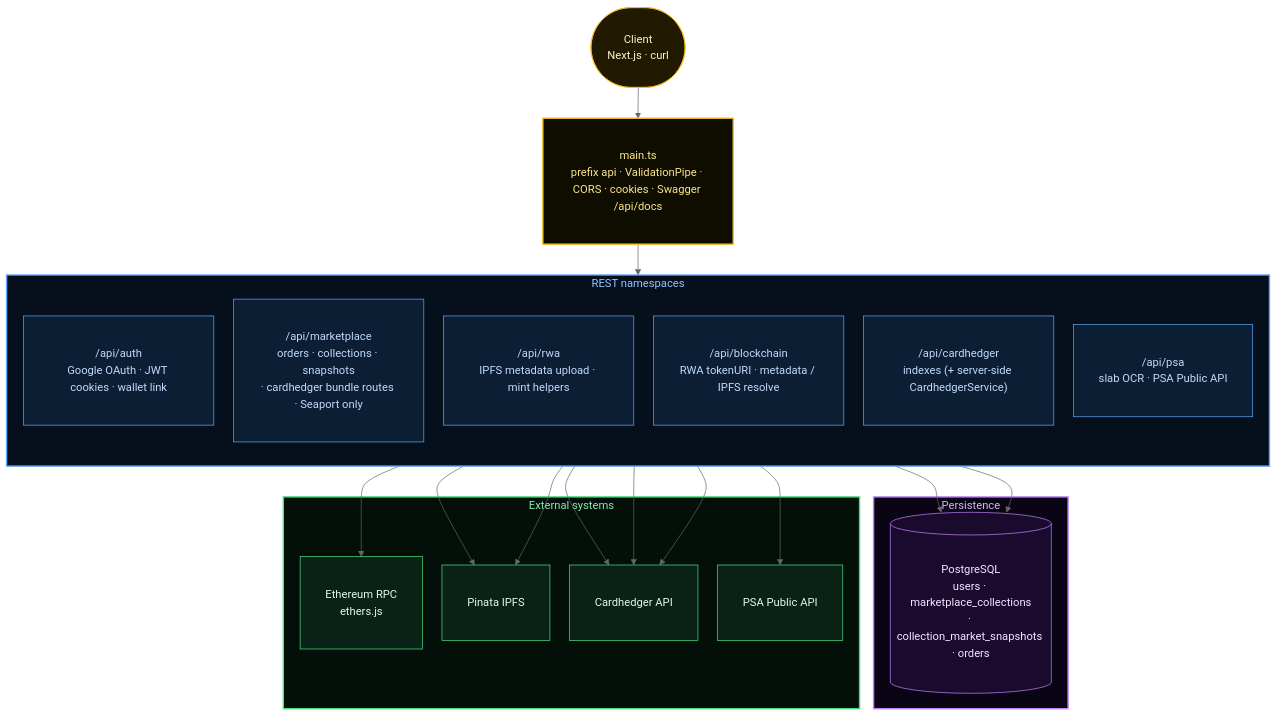
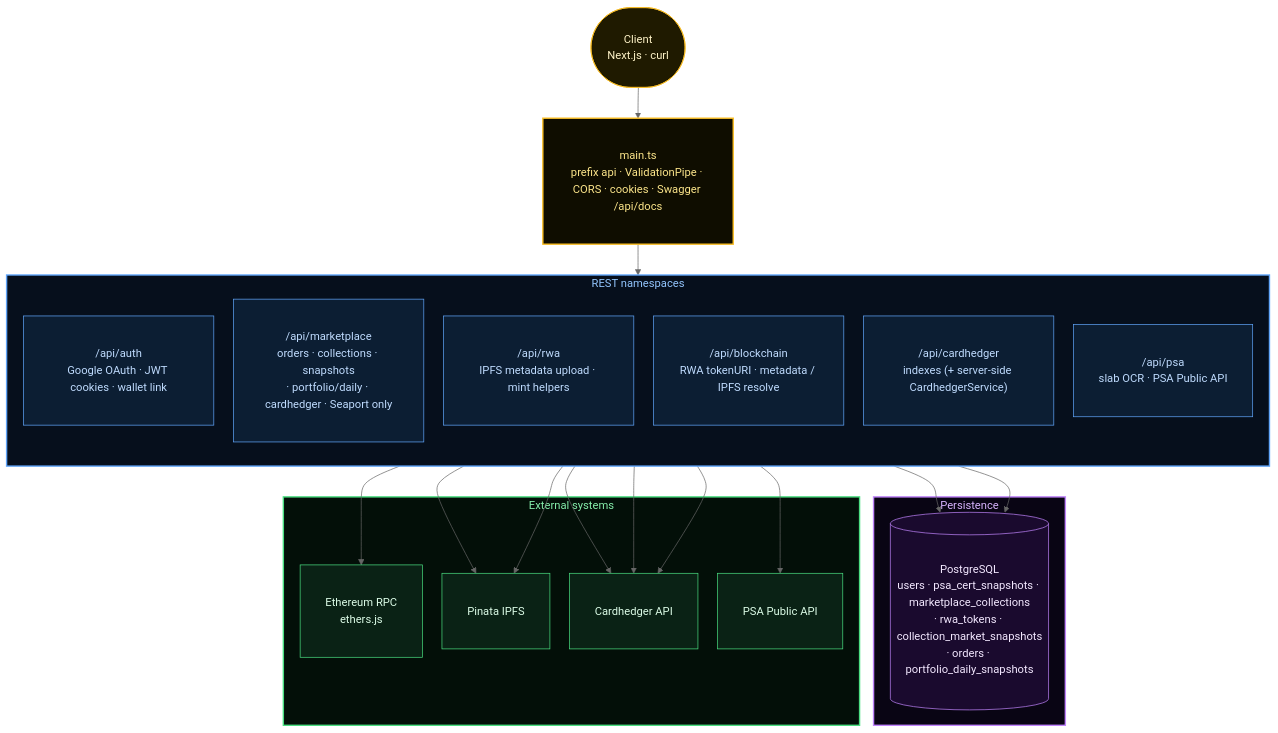
One commit to tokenable-dev/tokenable-dev changed the ninth of 11 diagrams in docs/diagrams/marketplace-lifecycle.en.md. Above: the diagram before and after it, drawn with Mermaid (neutral theme). The commit also changed other lines of this file and 35 other files, not shown here.

````diff
--- a/docs/diagrams/marketplace-lifecycle.en.md
+++ b/docs/diagrams/marketplace-lifecycle.en.md
@@ -647,50 +640,50 @@
 ```mermaid
 %%{init: {'flowchart': {'rankSpacing': 44, 'nodeSpacing': 28, 'padding': 18}}}%%
 flowchart TD
     classDef entry fill:#1f1a00,stroke:#fbbf24,color:#fef3c7,padding:8px 14px
     classDef route fill:#0c1e33,stroke:#60a5fa,color:#bfdbfe,padding:8px 14px
     classDef data  fill:#1a0a2e,stroke:#c084fc,color:#f3e8ff,padding:8px 14px
     classDef ext   fill:#0a2215,stroke:#4ade80,color:#dcfce7,padding:8px 14px
 
     CLIENT(["Client<br/>Next.js · curl"]):::entry
 
     GATE["main.ts<br/>prefix api · ValidationPipe · CORS · cookies · Swagger /api/docs"]:::entry
 
     subgraph REST ["REST namespaces"]
         direction TB
         R_AUTH["/api/auth<br/>Google OAuth · JWT cookies · wallet link"]:::route
-        R_MKT["/api/marketplace<br/>orders · collections · snapshots<br/>· cardhedger bundle routes · Seaport only"]:::route
+        R_MKT["/api/marketplace<br/>orders · collections · snapshots<br/>· portfolio/daily · cardhedger · Seaport only"]:::route
         R_RWA["/api/rwa<br/>IPFS metadata upload · mint helpers"]:::route
         R_BC["/api/blockchain<br/>RWA tokenURI · metadata / IPFS resolve"]:::route
         R_CH["/api/cardhedger<br/>indexes (+ server-side CardhedgerService)"]:::route
         R_PSA["/api/psa<br/>slab OCR · PSA Public API"]:::route
     end
 
     subgraph PERSIST ["Persistence"]
-        PG[("PostgreSQL<br/>users · marketplace_collections<br/>· collection_market_snapshots · orders")]:::data
+        PG[("PostgreSQL<br/>users · psa_cert_snapshots · marketplace_collections<br/>· rwa_tokens · collection_market_snapshots<br/>· orders · portfolio_daily_snapshots")]:::data
     end
 
     subgraph OUT ["External systems"]
         ETH["Ethereum RPC<br/>ethers.js"]:::ext
         PIN["Pinata IPFS"]:::ext
         CH["Cardhedger API"]:::ext
         PSAHTTP["PSA Public API"]:::ext
     end
 
     CLIENT --> GATE
     GATE --> REST
     R_MKT --> PG
     R_MKT --> CH
     R_AUTH --> PG
     R_RWA --> PIN
     R_BC --> ETH
     R_CH --> CH
     R_PSA --> PIN
     R_PSA --> CH
     R_PSA --> PSAHTTP
 
     style GATE fill:#0f0d00,stroke:#fbbf24,stroke-width:2px,color:#fde68a
     style REST fill:#060f1c,stroke:#60a5fa,stroke-width:2px,color:#93c5fd
     style PERSIST fill:#090514,stroke:#c084fc,stroke-width:2px,color:#d8b4fe
     style OUT fill:#030f08,stroke:#4ade80,stroke-width:2px,color:#86efac
 ```
````
